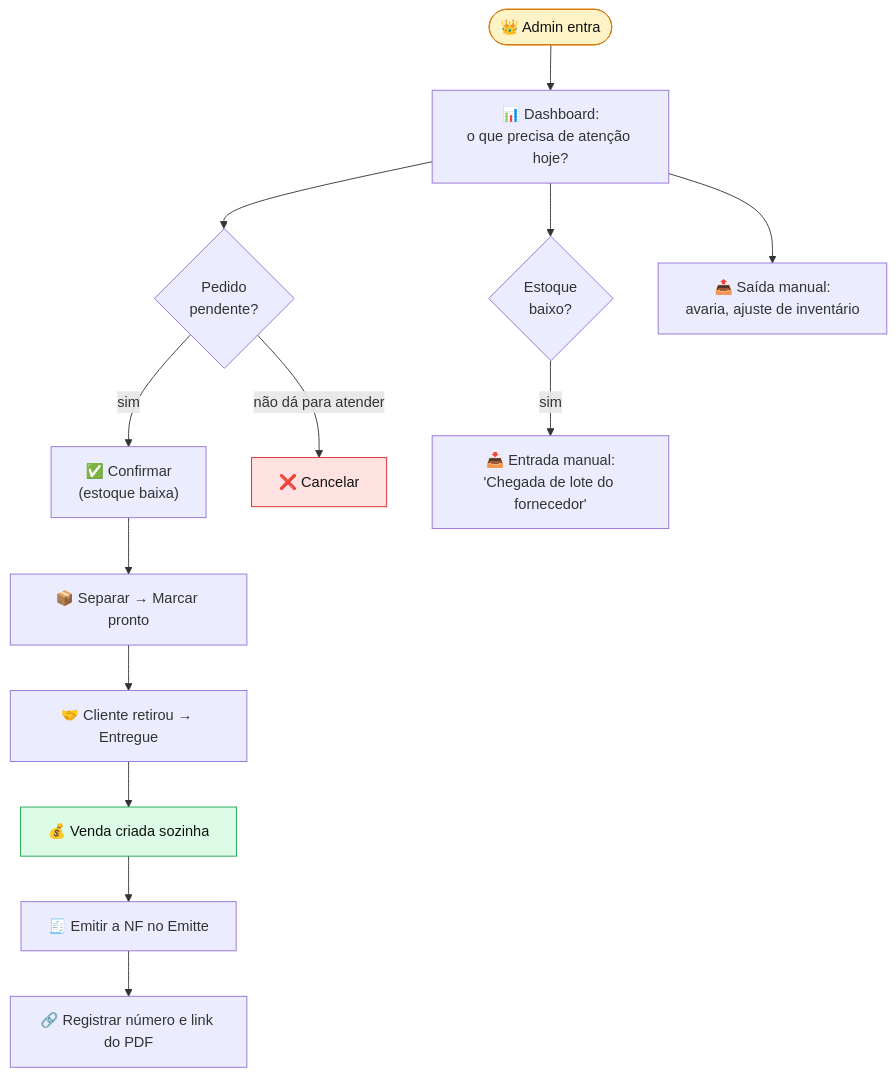
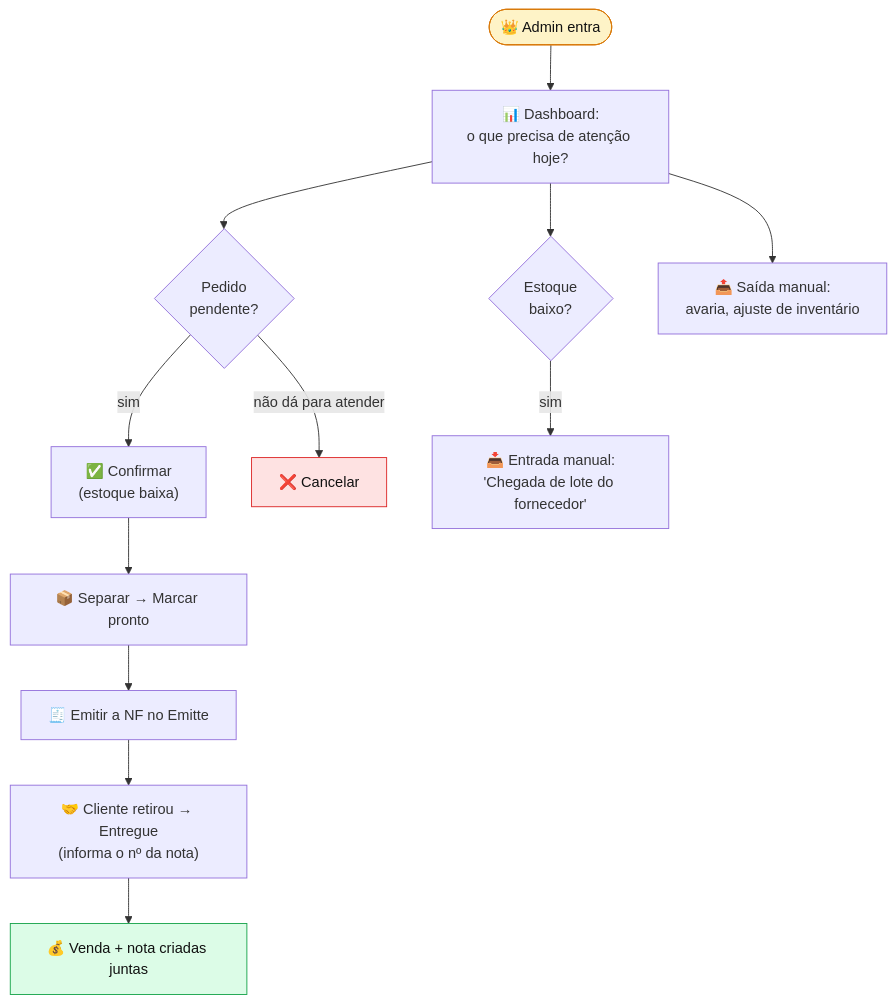
One commit to Protagonistas-ADS/PI-2 changed the third of 15 diagrams in README.md. Above: the diagram before and after it, drawn with Mermaid. The commit also changed other lines of this file and 18 other files, not shown here.

Commit message:
fix(notas): remover o link do PDF e o palete plástico do sistema

````diff
--- a/README.md
+++ b/README.md
@@ -256,19 +256,18 @@
 ```mermaid
 flowchart TD
     A(["👑 Admin entra"]) --> D["📊 Dashboard:<br/>o que precisa de atenção hoje?"]
     D --> P1{"Pedido<br/>pendente?"}
     P1 -- "sim" --> C1["✅ Confirmar<br/>(estoque baixa)"]
     P1 -- "não dá para atender" --> X["❌ Cancelar"]
     C1 --> S["📦 Separar → Marcar pronto"]
-    S --> ENT["🤝 Cliente retirou → Entregue"]
-    ENT --> V["💰 Venda criada sozinha"]
-    V --> EM["🧾 Emitir a NF no Emitte"]
-    EM --> REG["🔗 Registrar número e link do PDF"]
+    S --> EM["🧾 Emitir a NF no Emitte"]
+    EM --> ENT["🤝 Cliente retirou → Entregue<br/>(informa o nº da nota)"]
+    ENT --> V["💰 Venda + nota criadas juntas"]
     D --> EB{"Estoque<br/>baixo?"}
     EB -- "sim" --> LOTE["📥 Entrada manual:<br/>'Chegada de lote do fornecedor'"]
     D --> AV["📤 Saída manual:<br/>avaria, ajuste de inventário"]
 
     style A fill:#fef3c7,stroke:#d97706,color:#111
     style V fill:#dcfce7,stroke:#16a34a,color:#111
     style X fill:#fee2e2,stroke:#dc2626,color:#111
 ```
````
